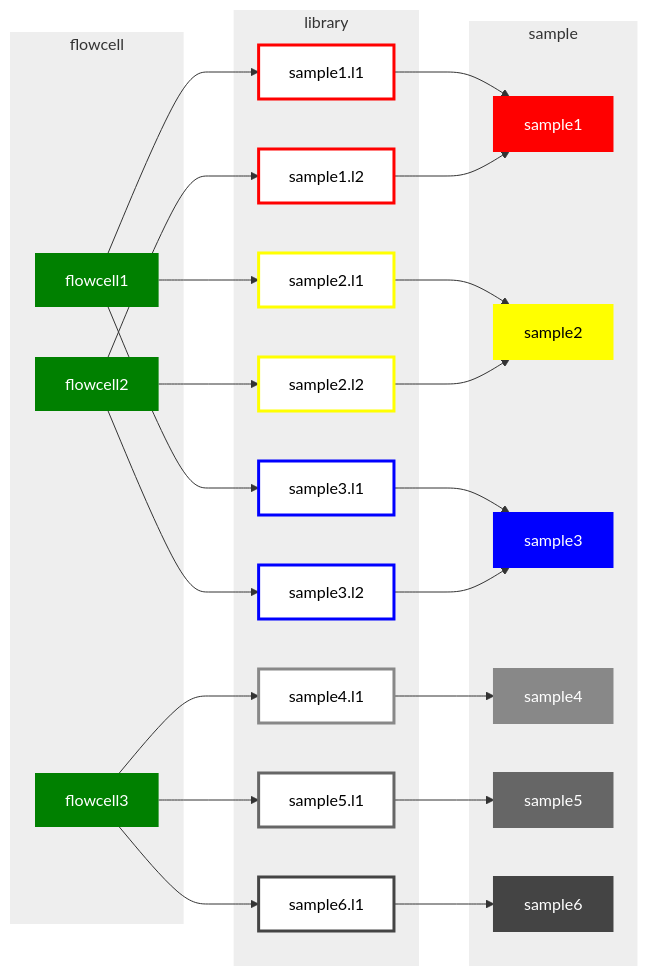
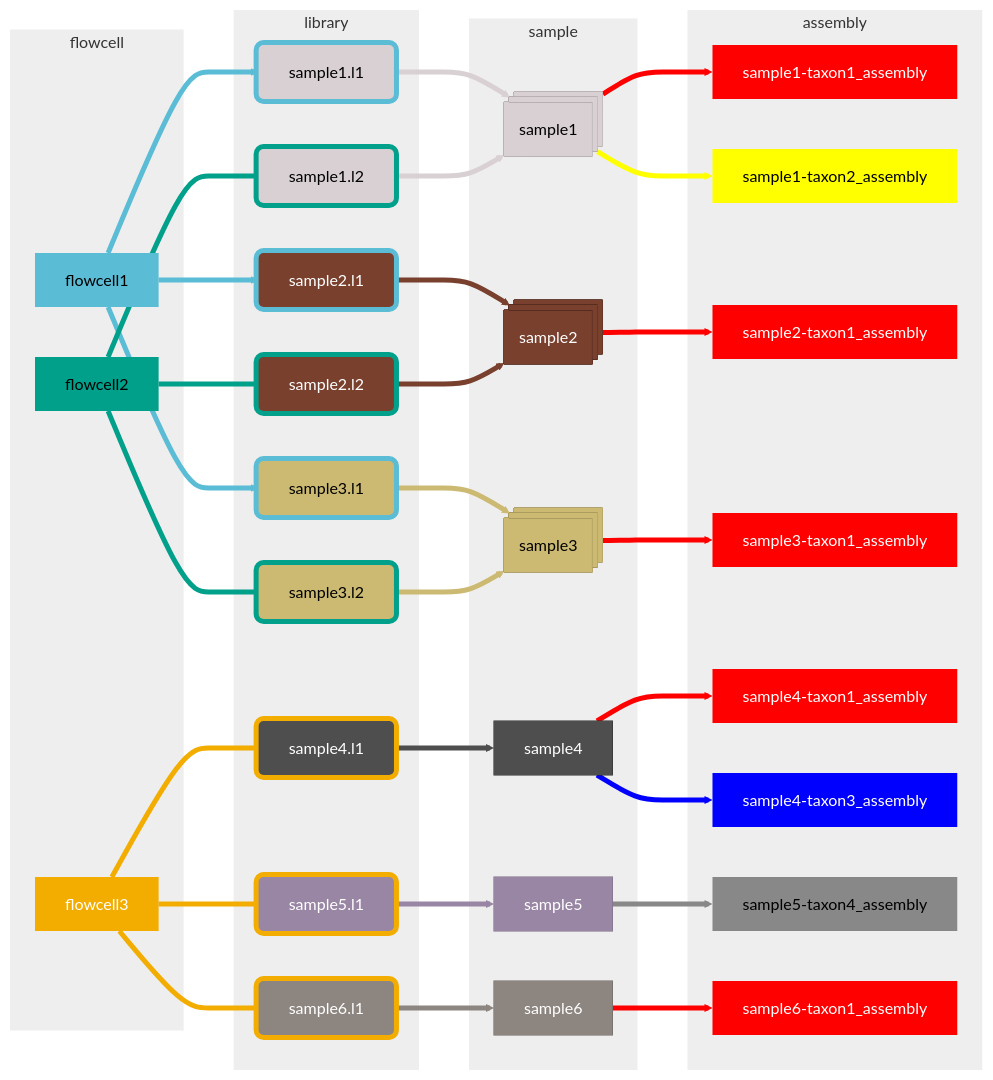
The diagram in broad-viral-ngs/workspace-setup.md (broadinstitute/viral-workshops), drawn with Mermaid before and after one commit.

Commit message:
WIP Terra table diagram update
WIP Terra table diagram update to include an "assembly" table

````diff
--- a/broad-viral-ngs/workspace-setup.md
+++ b/broad-viral-ngs/workspace-setup.md
@@ -78,50 +78,106 @@
 ```mermaid
 %%{ init: { 'flowchart': { 'curve': 'basis' } } }%%
 flowchart LR
+    
+    
     subgraph flowcell
-    flowcell1:::fc-nostroke
-    flowcell2:::fc-nostroke
-    flowcell3:::fc-nostroke
+    flowcell1:::fc-nostroke1
+    flowcell2:::fc-nostroke2
+    flowcell3:::fc-nostroke3
     end
     subgraph library
-    flowcell1-->sample1.l1:::entity1
-    flowcell1-->sample2.l1:::entity2
-    flowcell1-->sample3.l1:::entity3
-    flowcell2-->sample1.l2:::entity1
-    flowcell2-->sample2.l2:::entity2
-    flowcell2-->sample3.l2:::entity3
-    flowcell3-->sample4.l1:::entity4
-    flowcell3-->sample5.l1:::entity5
-    flowcell3-->sample6.l1:::entity6
+    flowcell1==>sample1.l1:::entity1 & sample2.l1:::entity1 & sample3.l1:::entity1
+    flowcell2===sample1.l2:::entity2 & sample2.l2:::entity2 & sample3.l2:::entity2
+    flowcell3===sample4.l1:::entity4 & sample5.l1:::entity5 & sample6.l1:::entity6
     end
     subgraph sample
-    sample1.l1-->sample1:::set_entity1
-    sample1.l2-->sample1:::set_entity1
-    sample2.l1-->sample2:::set_entity2
-    sample2.l2-->sample2:::set_entity2
-    sample3.l1-->sample3:::set_entity3
-    sample3.l2-->sample3:::set_entity3
-    sample4.l1-->sample4:::set_entity4
-    sample5.l1-->sample5:::set_entity5
-    sample6.l1-->sample6:::set_entity6
+    sample1@{ shape: processes}
+    sample2@{ shape: processes}
+    sample3@{ shape: processes}
+    sample1.l1:::set_entity_border1 & sample1.l2:::set_entity_border1==>sample1:::set_entity1
+    sample2.l1:::set_entity_border2 & sample2.l2:::set_entity_border2==>sample2:::set_entity2
+    sample3.l1:::set_entity_border3 & sample3.l2:::set_entity_border3==>sample3:::set_entity3
+    sample4.l1:::set_entity_border4==>sample4:::set_entity4
+    sample5.l1:::set_entity_border5==>sample5:::set_entity5
+    sample6.l1:::set_entity_border6==>sample6:::set_entity6
     end
-    classDef fc-nostroke fill:green, color:#fff, stroke-width:0px
-    classDef set_entity1 fill:red,color:#fff,stroke:red,stroke-width:2px
-    classDef set_entity2 fill:yellow,color:#000,stroke:yellow,stroke-width:2px
-    classDef set_entity3 fill:blue,color:#fff,stroke:blue,stroke-width:2px
-    classDef set_entity4 fill:#888,color:#fff,stroke:#888,stroke-width:2px
-    classDef set_entity5 fill:#666,color:#fff,stroke:#666,stroke-width:2px
-    classDef set_entity6 fill:#444,color:#fff,stroke:#444,stroke-width:2px
+    subgraph assembly
+    sample1==>sample1-taxon1_assembly:::taxon1
+    sample1==>sample1-taxon2_assembly:::taxon2
+    sample2==>sample2-taxon1_assembly:::taxon1
+    sample3==>sample3-taxon1_assembly:::taxon1
+    sample4==>sample4-taxon1_assembly:::taxon1
+    sample4==>sample4-taxon3_assembly:::taxon3
+    sample5==>sample5-taxon4_assembly:::taxon4
+    sample6==>sample6-taxon1_assembly:::taxon1
+    end
+
+    classDef fc-nostroke1 fill:#5BBCD6, color:#000, stroke-width:0px
+    classDef fc-nostroke2 fill:#00A08A, color:#000, stroke-width:0px
+    classDef fc-nostroke3 fill:#F2AD00, color:#fff, stroke-width:0px
+
+    classDef entity1 stroke:#5BBCD6
+    classDef entity2 stroke:#00A08A
+    classDef entity3 stroke:blue
+    classDef entity4 stroke:#F2AD00
+    classDef entity5 stroke:#F2AD00
+    classDef entity6 stroke:#F2AD00
+
+    classDef marker stroke-width:0px,fill:context-stroke
+
+    linkStyle default stroke-width:5px
+    linkStyle 0,1,2 stroke:#5BBCD6
+    linkStyle 3,4,5 stroke:#00A08A
+    linkStyle 6,7,8 stroke:#F2AD00
+
+    linkStyle 9,10 stroke:#D9D0D3
+    linkStyle 11,12 stroke:#79402E
+    linkStyle 13,14 stroke:#CCBA72
+    linkStyle 15 stroke:#4e4e4e
+    linkStyle 16 stroke: #9986A5
+    linkStyle 17 stroke: #8D8680
+
+    %% linkStyle 18,19 stroke:#D9D0D3
+    %% linkStyle 20 stroke:#79402E
+    %% linkStyle 21 stroke:#CCBA72
+    %% linkStyle 22,23 stroke:#4e4e4e
+    %% linkStyle 24 stroke: #9986A5
+    %% linkStyle 25 stroke: #8D8680
+
+    linkStyle 18,20,21,22,25 stroke:red
+    linkStyle 19 stroke:yellow
+    linkStyle 23 stroke:blue
+    linkStyle 24 stroke:#888
+
+    classDef set_entity1 fill:#D9D0D3,color:#000,stroke:#B3ABAE,stroke-width:1px
+    classDef set_entity2 fill:#79402E,color:#fff,stroke:#522B1F,stroke-width:1px
+    classDef set_entity3 fill:#CCBA72,color:#000,stroke:#A6975D,stroke-width:1px
+    classDef set_entity4 fill:#4e4e4e,color:#fff,stroke:#292929,stroke-width:1px
+    classDef set_entity5 fill:#9986A5,color:#ffffff,stroke:#766880,stroke-width:1px
+    classDef set_entity6 fill:#8D8680,color:#fff,stroke:#66615D,stroke-width:1px
     
-    classDef entity1 stroke:red,color:#000,fill:#fff,stroke-width:3px
-    classDef entity2 stroke:yellow,color:#000,fill:#fff,stroke-width:3px
-    classDef entity3 stroke:blue,color:#000,fill:#fff,stroke-width:3px
+    %%libraries grouped by samples
+    classDef set_entity_border1 color:#000,fill:#D9D0D3,stroke-width:10px,rx:5px,ry:5px
+    classDef set_entity_border2 color:#fff,fill:#79402E,stroke-width:10px,rx:5px,ry:5px
+    classDef set_entity_border3 color:#000,fill:#CCBA72,stroke-width:10px,rx:5px,ry:5px
+    classDef set_entity_border4 color:#fff,fill:#4e4e4e,stroke-width:10px,rx:5px,ry:5px
+    classDef set_entity_border5 color:#fff,fill:#9986A5,stroke-width:10px,rx:5px,ry:5px
+    classDef set_entity_border6 color:#fff,fill:#8D8680,stroke-width:10px,rx:5px,ry:5px
 
-    classDef entity4 stroke:#888,color:#000,fill:#fff,stroke-width:3px
-    classDef entity5 stroke:#666,color:#000,fill:#fff,stroke-width:3px
-    classDef entity6 stroke:#444,color:#000,fill:#fff,stroke-width:3px
+    classDef taxon1 fill:red,color:#fff,stroke-width:0px
+    classDef taxon2 fill:yellow,color:#000,stroke-width:0px
+    classDef taxon3 fill:blue,color:#fff,stroke-width:0px
+    classDef taxon4 fill:#888,color:#000,stroke-width:0px
+
     style flowcell fill:#eee,stroke:#333,stroke-width:0px
     style library fill:#eee,stroke:#333,stroke-width:0px
     style sample fill:#eee,stroke:#333,stroke-width:0px
+    style assembly fill:#eee,stroke:#333,stroke-width:0
+
+    
+    %%classDef 'flowchart-link' paint-order: stroke
+    classDef default paint-order: stroke fill markers
+    %%classDef path paint-order: stroke markers fill
+    
 
 ```
````
